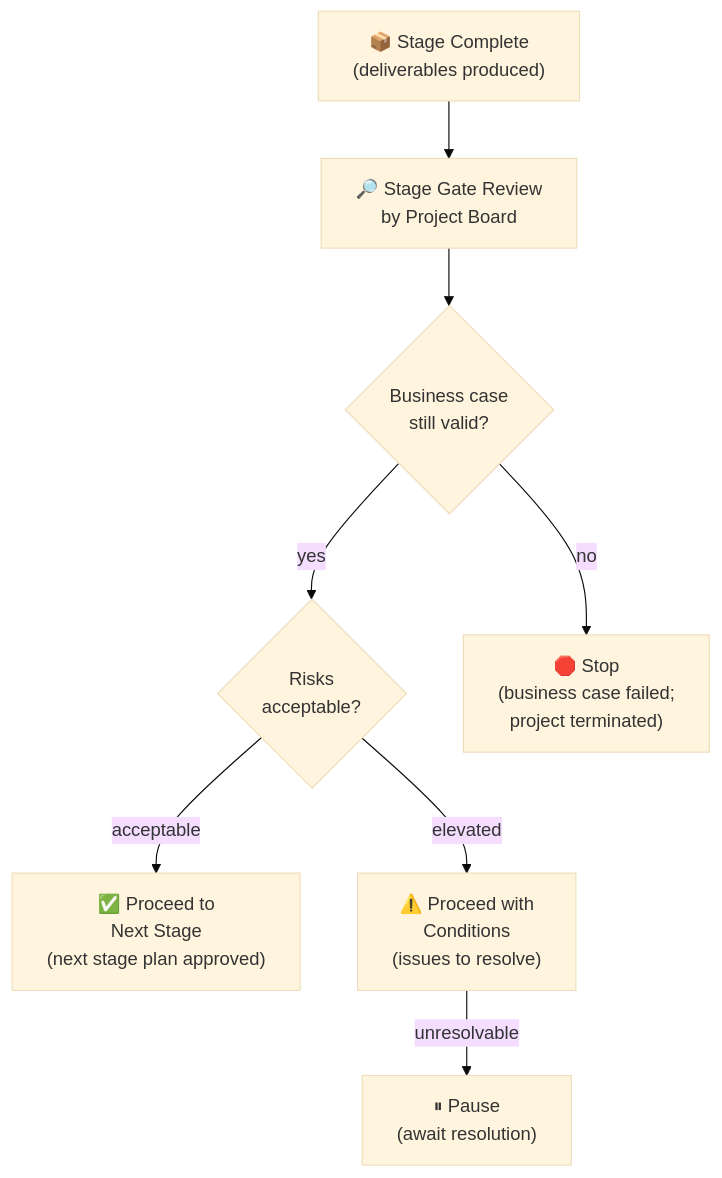
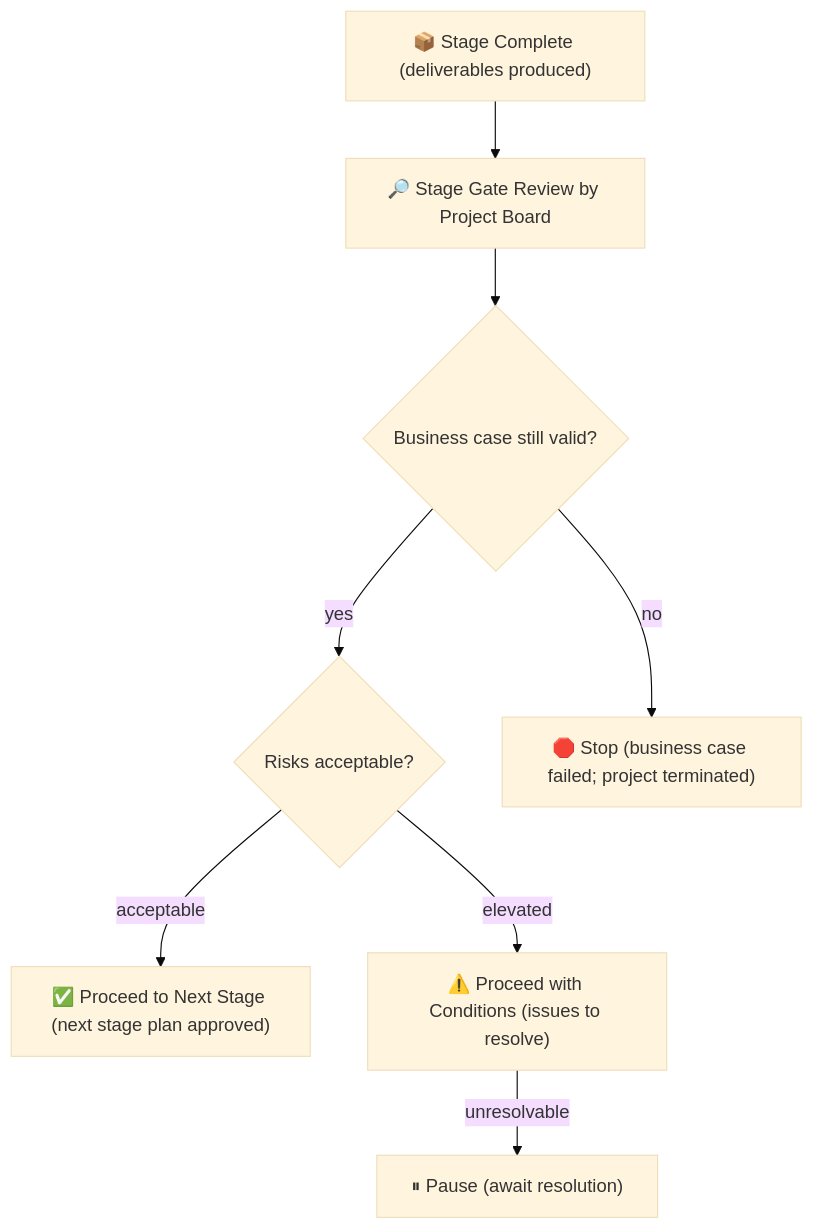
One commit to UncleJS/course_projectManagement changed the third of 3 diagrams in modules/05-execution.md. Above: the diagram before and after it, drawn with Mermaid (base theme). The commit also changed other lines of this file and 16 other files, not shown here.

Commit message:
Fix Mermaid rendering: remove literal \n from all diagram labels; quote unquoted & in flowchart nodes

````diff
--- a/modules/05-execution.md
+++ b/modules/05-execution.md
@@ -338,17 +338,17 @@
 ```mermaid
 flowchart TD
-    STAGE["📦 Stage Complete\n(deliverables produced)"]
-    REVIEW["🔎 Stage Gate Review\nby Project Board"]
-    VALID{"Business case\nstill valid?"}
-    RISK{"Risks\nacceptable?"}
-    NEXT_OK["✅ Proceed to\nNext Stage\n(next stage plan approved)"]
-    COND["⚠️ Proceed with\nConditions\n(issues to resolve)"]
-    PAUSE["⏸ Pause\n(await resolution)"]
-    STOP["🛑 Stop\n(business case failed;\nproject terminated)"]
+    STAGE["📦 Stage Complete (deliverables produced)"]
+    REVIEW["🔎 Stage Gate Review by Project Board"]
+    VALID{"Business case still valid?"}
+    RISK{"Risks acceptable?"}
+    NEXT_OK["✅ Proceed to Next Stage (next stage plan approved)"]
+    COND["⚠️ Proceed with Conditions (issues to resolve)"]
+    PAUSE["⏸ Pause (await resolution)"]
+    STOP["🛑 Stop (business case failed; project terminated)"]
     STAGE --> REVIEW --> VALID
     VALID -->|"yes"| RISK
     VALID -->|"no"| STOP
     RISK -->|"acceptable"| NEXT_OK
     RISK -->|"elevated"| COND
     COND -->|"unresolvable"| PAUSE
 ```
````
